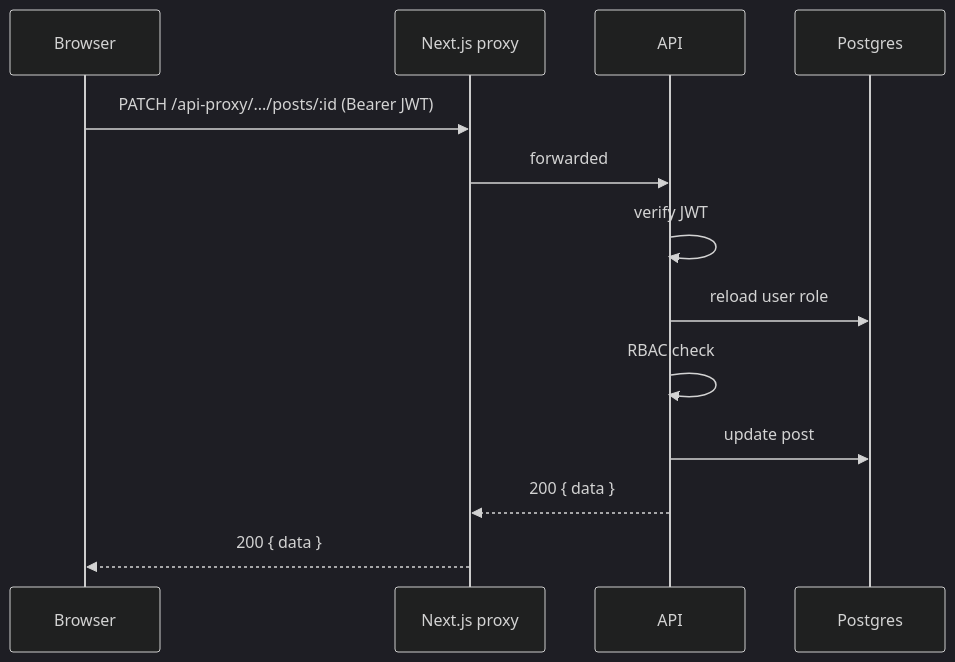
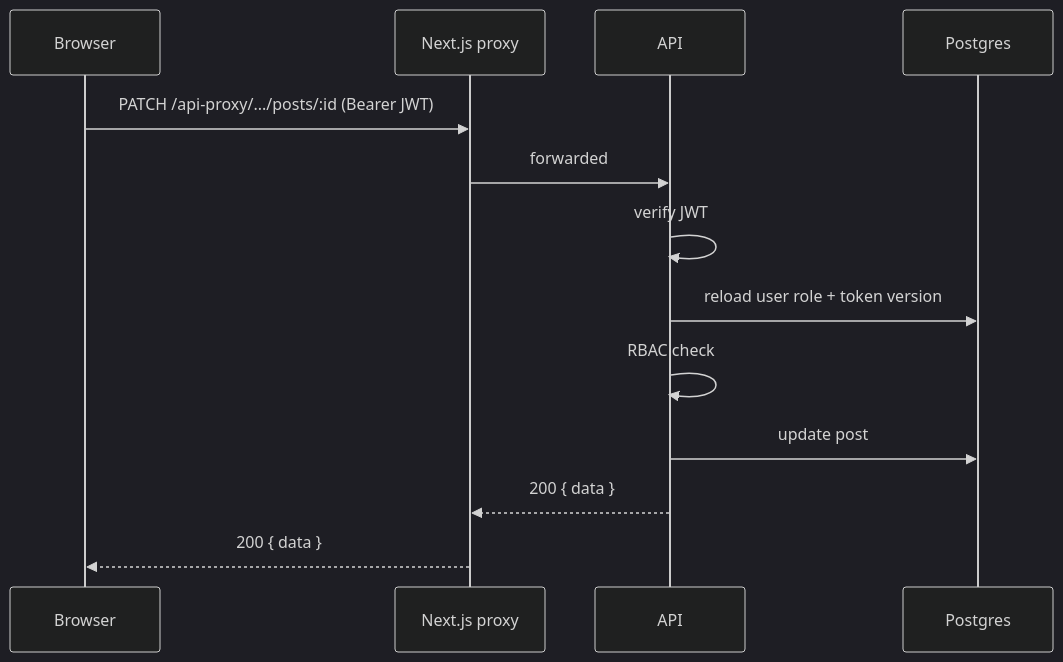
Before and after one commit to ZIDAN44/Czy_Blog: the second of 4 diagrams in docs/architecture.md, drawn with Mermaid (dark theme). The commit also changed other lines of this file and 6 other files, not shown here.

````diff
--- a/docs/architecture.md
+++ b/docs/architecture.md
@@ -63,16 +63,16 @@
 ```mermaid
 sequenceDiagram
     participant B as Browser
     participant N as Next.js proxy
     participant A as API
     participant D as Postgres
 
     B->>N: PATCH /api-proxy/.../posts/:id (Bearer JWT)
     N->>A: forwarded
     A->>A: verify JWT
-    A->>D: reload user role
+    A->>D: reload user role + token version
     A->>A: RBAC check
     A->>D: update post
     A-->>N: 200 { data }
     N-->>B: 200 { data }
 ```
````
